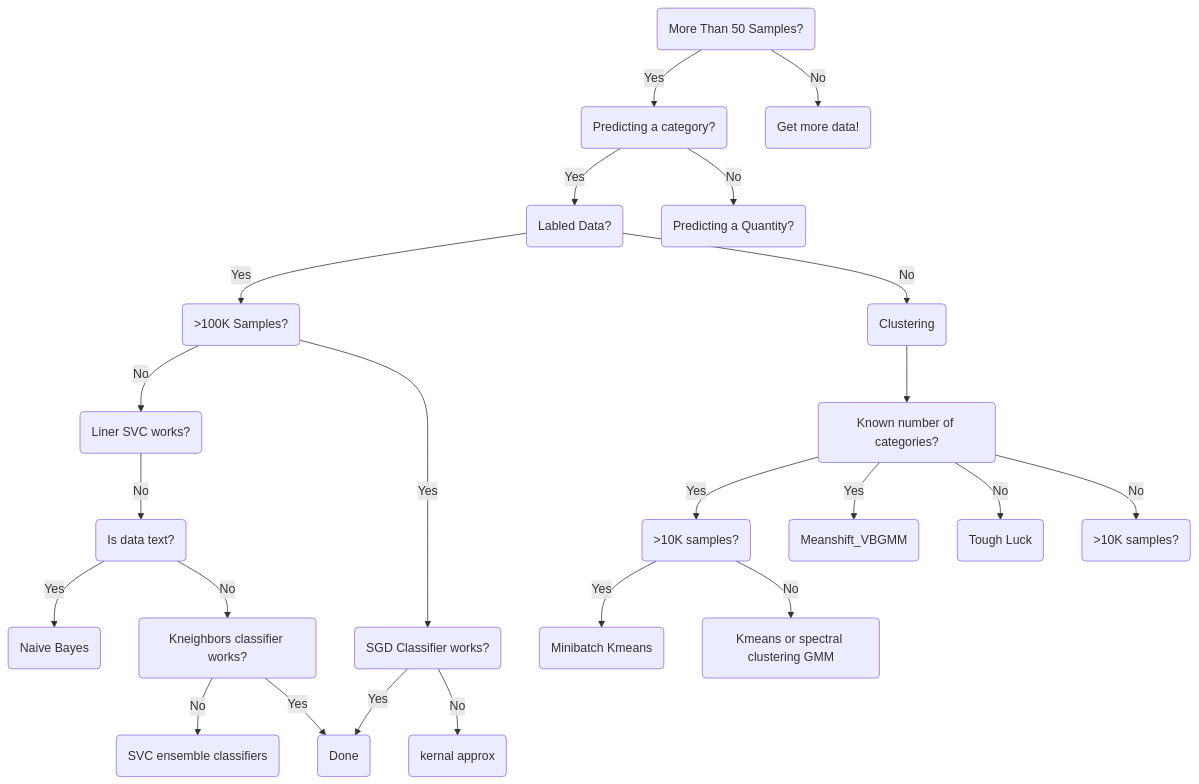
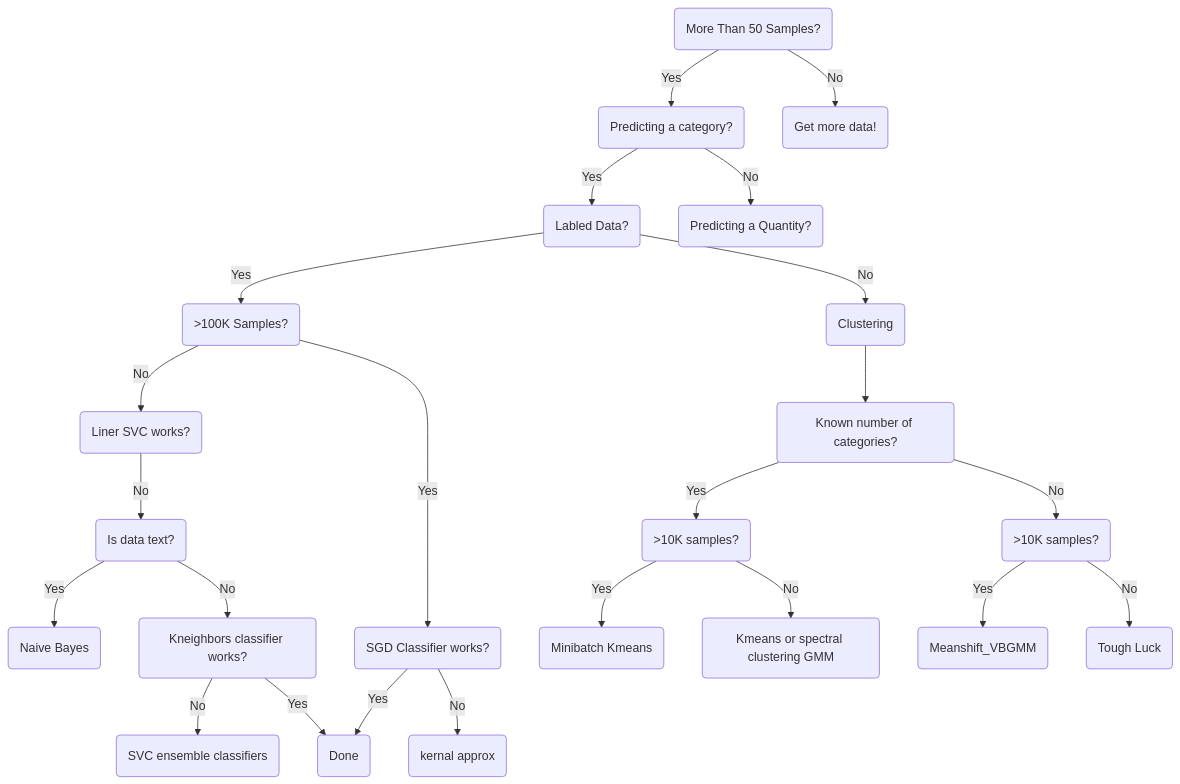
One commit to hwetsman/Public_Notes changed the diagram in ML_Cheatsheet.md. Above: the diagram before and after it, drawn with Mermaid.

````diff
--- a/ML_Cheatsheet.md
+++ b/ML_Cheatsheet.md
@@ -1,51 +1,51 @@
 ```mermaid
 flowchart TD
 id1(More Than 50 Samples?)
   id2(Predicting a category?)
     id1-->|Yes|id2
     id4(Labled Data?)
       id2-->|Yes|id4
       id6(>100K Samples?)
         id4-->|Yes|id6
         id14(Clustering)
         id15(Known number of categories?)
           id16(>10K samples?)
           id17(>10K samples?)
           id15-->|Yes|id16
             id20(Meanshift_VBGMM)
             id98(Tough Luck)
-            id15-->|Yes|id20
-            id15-->|No|id98
+            id17-->|Yes|id20
+            id17-->|No|id98
           id15-->|No|id17
             id18(Minibatch Kmeans)
             id19(Kmeans or spectral clustering GMM)
             id16-->|Yes|id18
             id16-->|No|id19
         id14-->id15
         id4-->|No|id14
         id7(Liner SVC works?)
         id6-->|No|id7
         id8(SGD Classifier works?)
           id8-->|Yes|id99
           id13(kernal approx)
           id8-->|No|id13
         id6-->|Yes|id8
           id9(Is data text?)
           id7-->|No|id9
             id10(Naive Bayes)
             id9-->|Yes|id10
             id11(Kneighbors classifier works?)
             id9-->|No|id11
               id12(SVC ensemble classifiers)
               id11-->|No|id12
               id99(Done)
               id11-->|Yes|id99
     id5(Predicting a Quantity?)
       id2-->|No|id5
 
 
   id3(Get more data!)
     id1-->|No|id3
   
   
 ```
````
